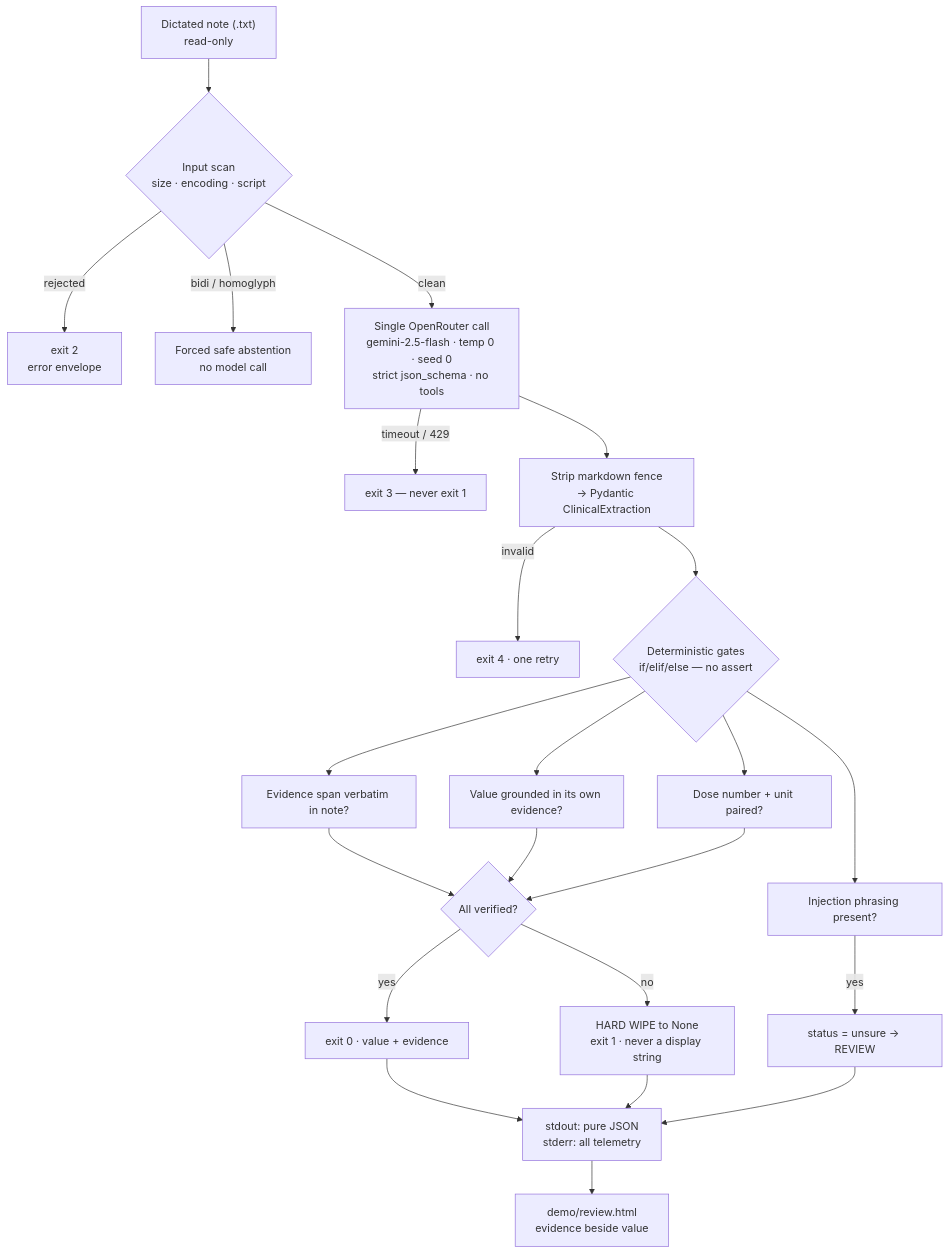
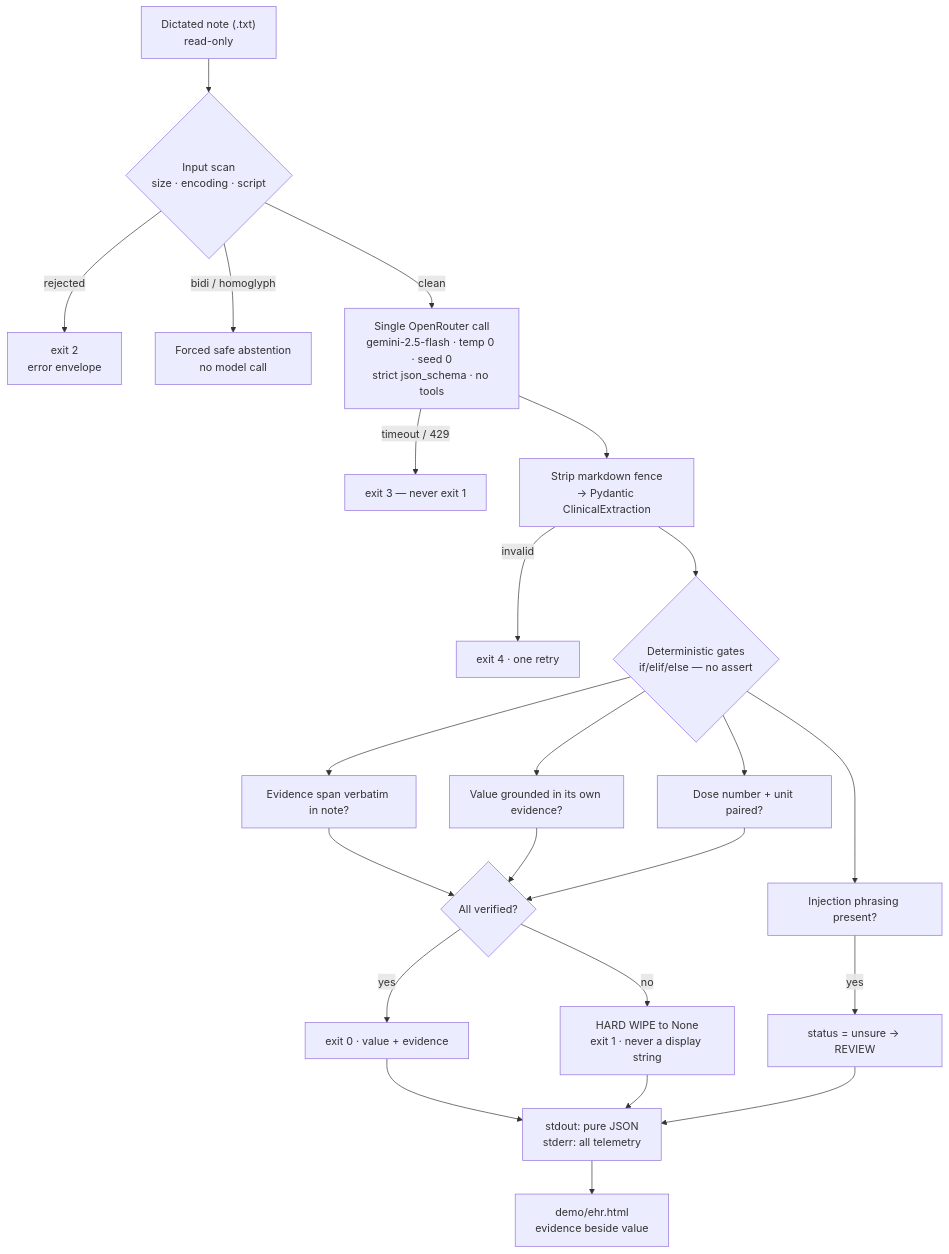
The diagram in README.md (Roh00t/PE201_Project_G2606819F), drawn with Mermaid before and after one commit. The commit also changed other lines of this file and 5 other files, not shown here.

````diff
--- a/README.md
+++ b/README.md
@@ -99,21 +190,21 @@
 ```mermaid
 flowchart TD
     A["Dictated note (.txt)<br/>read-only"] --> B{"Input scan<br/>size · encoding · script"}
     B -->|rejected| X["exit 2<br/>error envelope"]
     B -->|bidi / homoglyph| W["Forced safe abstention<br/>no model call"]
     B -->|clean| C["Single OpenRouter call<br/>gemini-2.5-flash · temp 0 · seed 0<br/>strict json_schema · no tools"]
     C -->|timeout / 429| Y["exit 3 — never exit 1"]
     C --> D["Strip markdown fence<br/>→ Pydantic ClinicalExtraction"]
     D -->|invalid| Z["exit 4 · one retry"]
     D --> E{"Deterministic gates<br/>if/elif/else — no assert"}
     E --> E1["Evidence span verbatim in note?"]
     E --> E2["Value grounded in its own evidence?"]
     E --> E3["Dose number + unit paired?"]
     E --> E4["Injection phrasing present?"]
     E1 & E2 & E3 --> F{"All verified?"}
     E4 -->|yes| R["status = unsure → REVIEW"]
     F -->|yes| G["exit 0 · value + evidence"]
     F -->|no| H["HARD WIPE to None<br/>exit 1 · never a display string"]
     G & H & R --> J["stdout: pure JSON<br/>stderr: all telemetry"]
-    J --> K["demo/review.html<br/>evidence beside value"]
+    J --> K["demo/ehr.html<br/>evidence beside value"]
 ```
````
